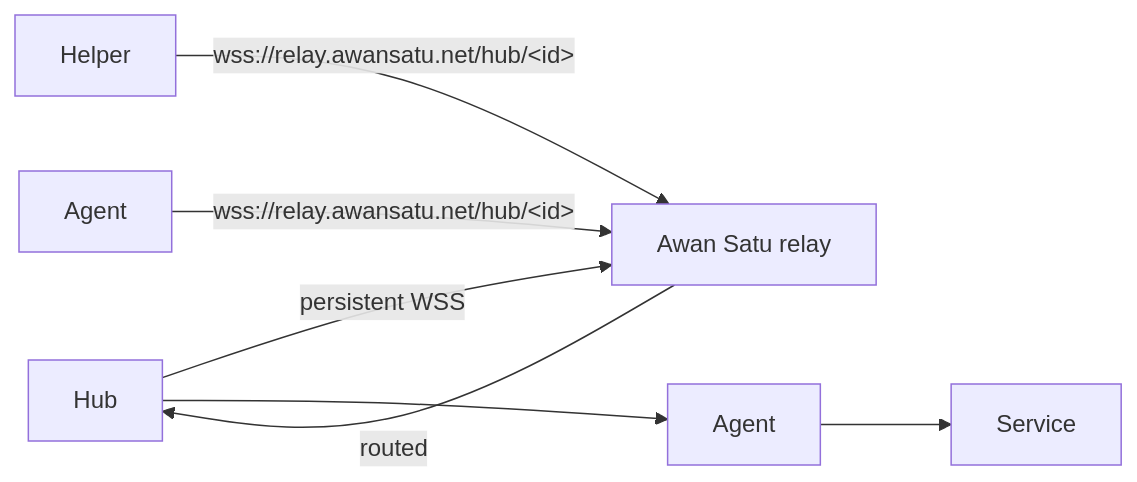
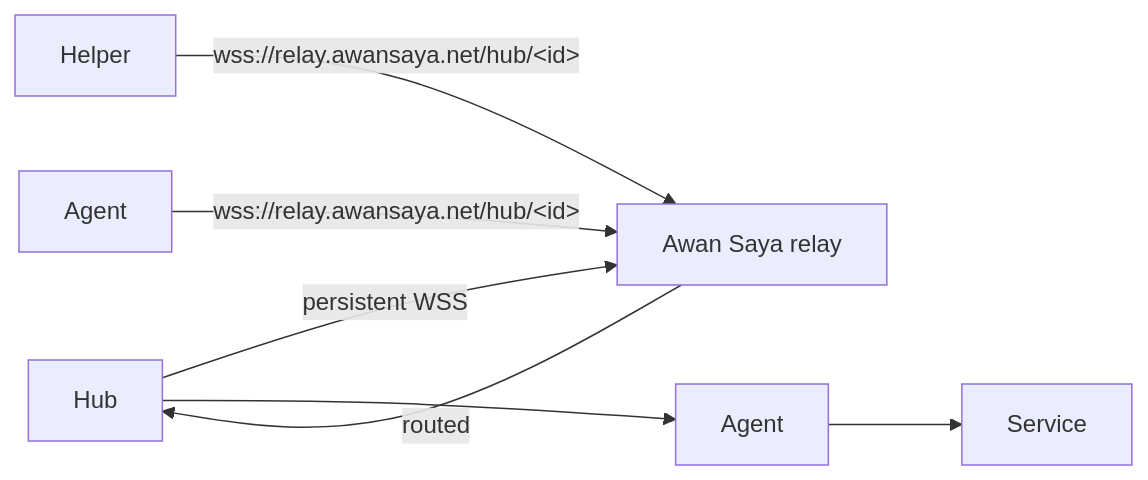
The third of 4 diagrams in DESIGN.md (paulmooreparks/tela), drawn with Mermaid before and after one commit. The commit also changed other lines of this file and 13 other files, not shown here.

Commit message:
chore: rename Awan Satu to Awan Saya, awansatu.net to awansaya.net

````diff
--- a/DESIGN.md
+++ b/DESIGN.md
@@ -1231,8 +1231,8 @@
 ```mermaid
 flowchart LR
-  Hub -->|persistent WSS| Relay["Awan Satu relay"]
-  Helper -->|"wss://relay.awansatu.net/hub/&lt;id&gt;"| Relay
-  Agent -->|"wss://relay.awansatu.net/hub/&lt;id&gt;"| Relay
+  Hub -->|persistent WSS| Relay["Awan Saya relay"]
+  Helper -->|"wss://relay.awansaya.net/hub/&lt;id&gt;"| Relay
+  Agent -->|"wss://relay.awansaya.net/hub/&lt;id&gt;"| Relay
   Relay -->|routed| Hub
   Hub --> Agent2[Agent] --> Service
 ```
````
